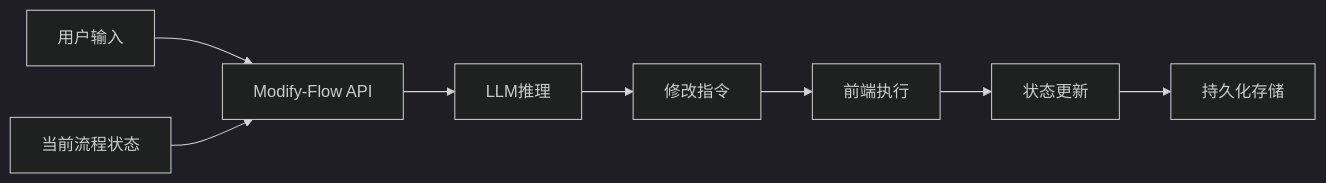
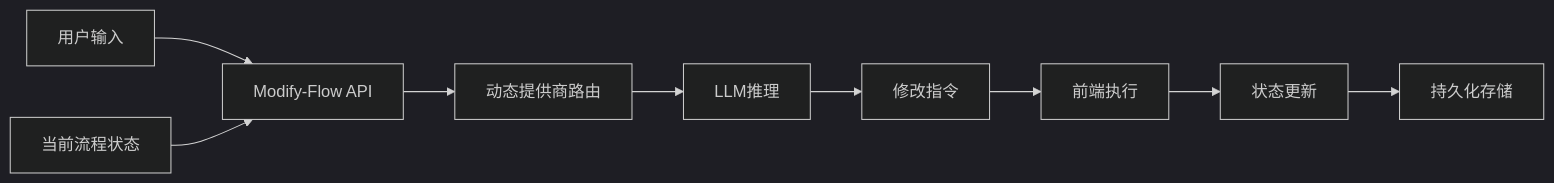
Before and after one commit to JasperLin2333/Flash-Flow: the sixth of 6 diagrams in .qoder/repowiki/zh/content/API接口文档/流程修改接口 (_api_modify-flow).md, drawn with Mermaid (dark theme). The commit also changed other lines of this file and 91 other files, not shown here.

First line of the commit message:
Add dynamic LLM provider routing and Gemini support

````diff
--- a/.qoder/repowiki/zh/content/API接口文档/流程修改接口 (_api_modify-flow).md
+++ b/.qoder/repowiki/zh/content/API接口文档/流程修改接口 (_api_modify-flow).md
@@ -473,10 +491,11 @@
 ```mermaid
 flowchart LR
 UserInput[用户输入] --> API[Modify-Flow API]
 CurrentState[当前流程状态] --> API
-API --> LLM[LLM推理]
+API --> ProviderRouter[动态提供商路由]
+ProviderRouter --> LLM[LLM推理]
 LLM --> Instruction[修改指令]
 Instruction --> Frontend[前端执行]
 Frontend --> StateUpdate[状态更新]
 StateUpdate --> Persist[持久化存储]
 ```
````
